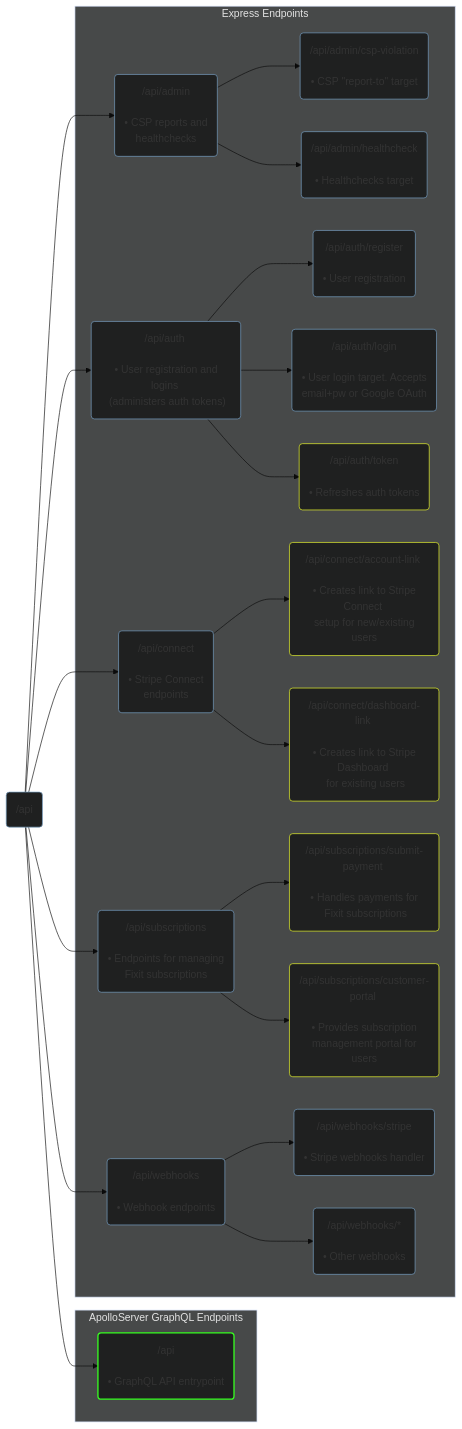
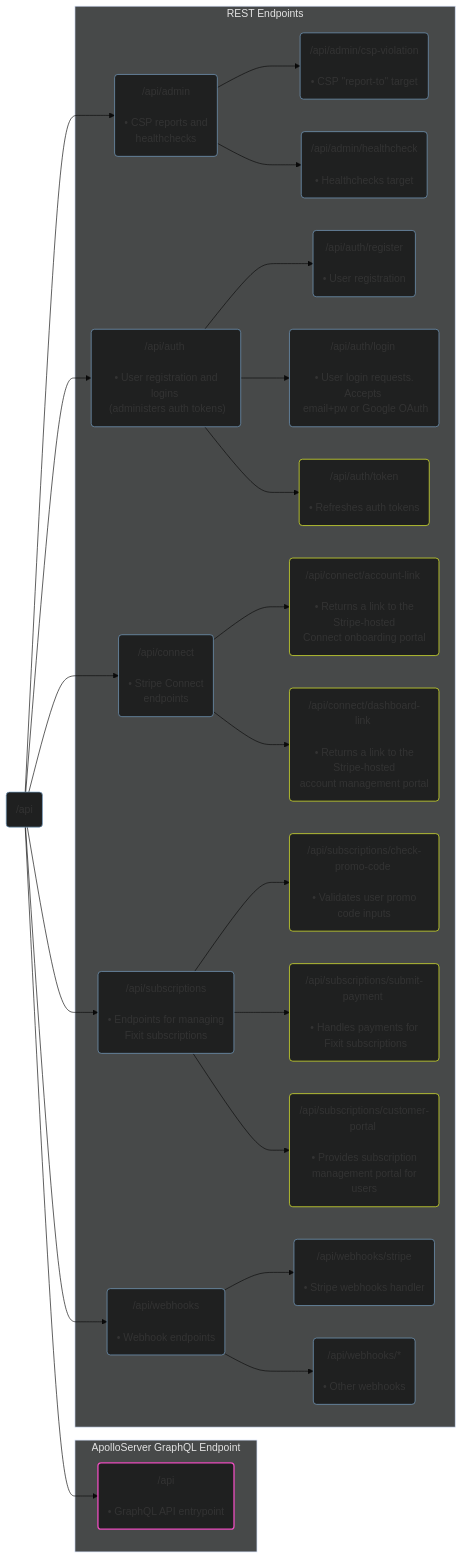
One commit to Nerdware-LLC/fixit-api changed the diagram in README.md. Above: the diagram before and after it, drawn with Mermaid (base theme). The commit also changed other lines of this file, not shown here.

Commit message:
docs: re-organize API protocol info, fix badges/links

````diff
--- a/README.md
+++ b/README.md
@@ -71,34 +153,35 @@
 ```mermaid
 flowchart LR
   root("/api") --> api("/api \n\n • GraphQL API entrypoint")
   root --> admin("/api/admin \n\n • CSP reports and \n healthchecks")
   root --> auth("/api/auth \n\n • User registration and logins \n (administers auth tokens)")
   root --> connect("/api/connect \n\n • Stripe Connect \n endpoints")
   root --> subs("/api/subscriptions \n\n • Endpoints for managing \n Fixit subscriptions")
   root --> webhooks("/api/webhooks \n\n • Webhook endpoints")
-  subgraph gql ["ApolloServer GraphQL Endpoints"]
+  subgraph gql ["ApolloServer GraphQL Endpoint"]
   api
   end
-  subgraph express ["Express Endpoints"]
+  subgraph express ["REST Endpoints"]
   admin --> csp("/api/admin/csp-violation \n\n • CSP #quot;report-to#quot;" target)
   admin --> healthcheck("/api/admin/healthcheck \n\n • Healthchecks target")
   auth --> register("/api/auth/register \n\n • User registration")
-  auth --> login("/api/auth/login \n\n • User login target. Accepts \n email+pw or Google OAuth")
+  auth --> login("/api/auth/login \n\n • User login requests. Accepts \n email+pw or Google OAuth")
   auth --> token("/api/auth/token \n\n • Refreshes auth tokens")
-  connect --> accountLink("/api/connect/account-link \n\n • Creates link to Stripe Connect \n setup for new/existing users")
-  connect --> dashboardLink("/api/connect/dashboard-link \n\n • Creates link to Stripe Dashboard \n for existing users")
+  connect --> accountLink("/api/connect/account-link \n\n • Returns a link to the Stripe-hosted\nConnect onboarding portal")
+  connect --> dashboardLink("/api/connect/dashboard-link \n\n • Returns a link to the Stripe-hosted\naccount management portal")
+  subs --> promo("/api/subscriptions/check-promo-code \n\n • Validates user promo code inputs")
   subs --> pay("/api/subscriptions/submit-payment \n\n • Handles payments for \n Fixit subscriptions")
   subs --> portal("/api/subscriptions/customer-portal \n\n • Provides subscription \n management portal for users")
   webhooks --> whStripe("/api/webhooks/stripe \n\n • Stripe webhooks handler")
   webhooks --> whCustomer("/api/webhooks/* \n\n • Other webhooks")
   end
 
   classDef default fill:#1f2020,stroke:#7aa4c9,stroke-width:1px
   classDef authenticationRequired stroke:#f1ff2e
-  classDef authAndSubscriptionRequired stroke:#37ff21,stroke-width:2px
+  classDef authAndSubscriptionRequired stroke:#ec4dbf,stroke-width:2px
   classDef subgraphArea fill:#474949,color:#e3e3e3
 
-  class token,pay,portal,accountLink,dashboardLink authenticationRequired
+  class promo,token,pay,portal,accountLink,dashboardLink authenticationRequired
   class api authAndSubscriptionRequired
   class express,gql subgraphArea
 ```
````
